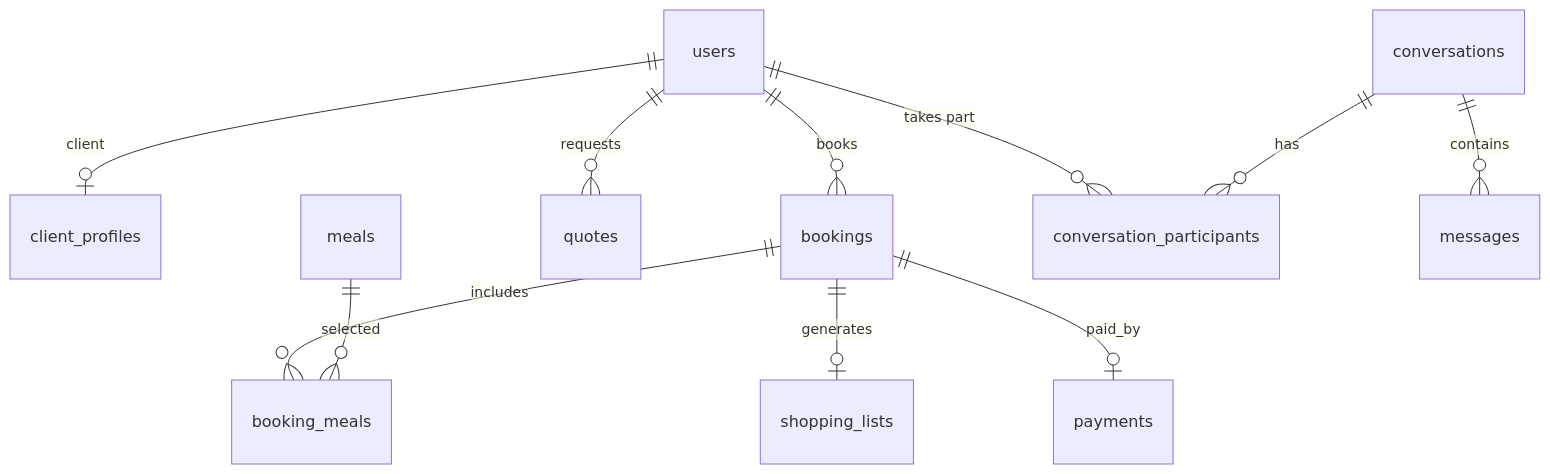
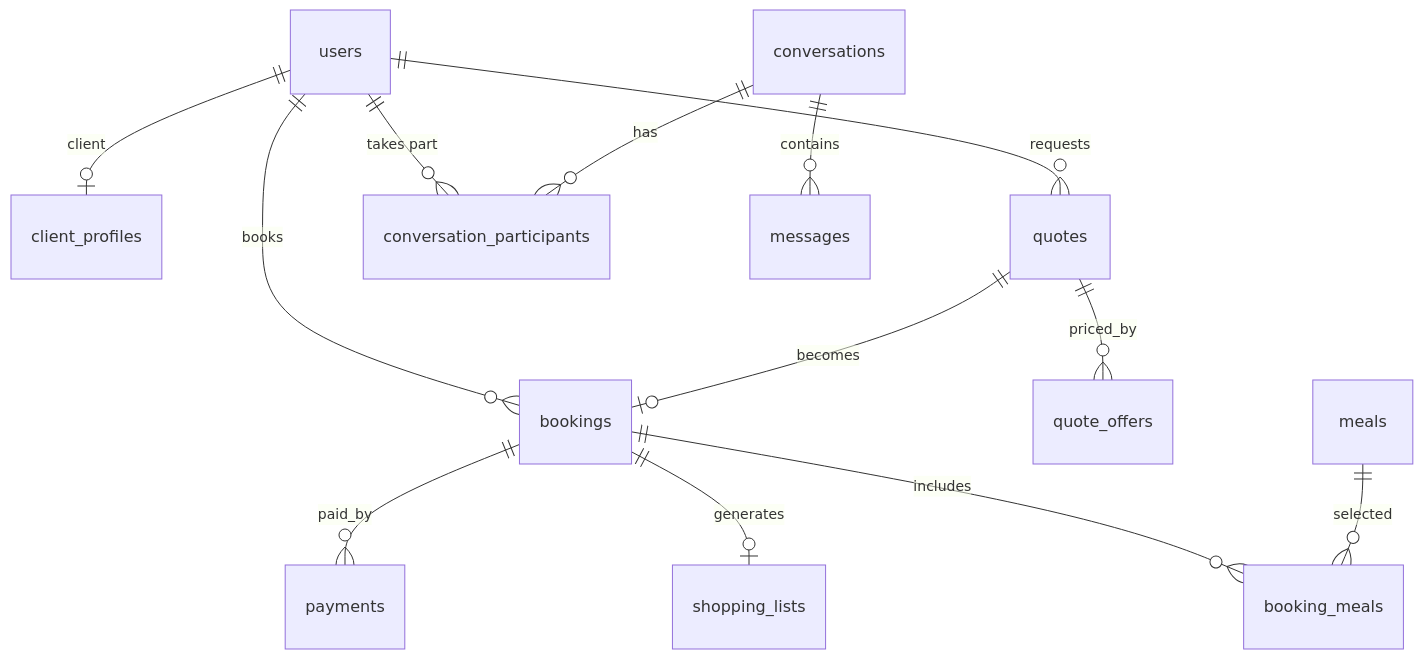
Before and after one commit to LabsFood/LF-BackEnd: the second of 4 diagrams in docs/architecture.md, drawn with Mermaid. The commit also changed other lines of this file and 11 other files, not shown here.

````diff
--- a/docs/architecture.md
+++ b/docs/architecture.md
@@ -140,13 +146,15 @@
 ```mermaid
 erDiagram
     users ||--o| client_profiles : "client"
     users ||--o{ bookings : "books"
     users ||--o{ quotes : "requests"
+    quotes ||--o{ quote_offers : "priced_by"
+    quotes ||--o| bookings : "becomes"
     bookings ||--o{ booking_meals : "includes"
     meals ||--o{ booking_meals : "selected"
     bookings ||--o| shopping_lists : "generates"
-    bookings ||--o| payments : "paid_by"
+    bookings ||--o{ payments : "paid_by"
     users ||--o{ conversation_participants : "takes part"
     conversations ||--o{ conversation_participants : "has"
     conversations ||--o{ messages : "contains"
 ```
````
